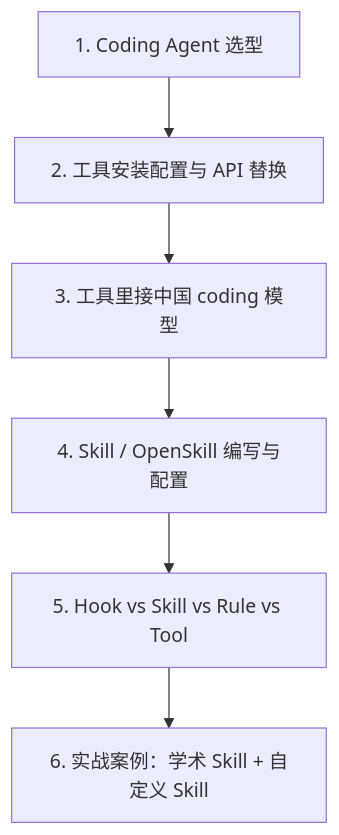
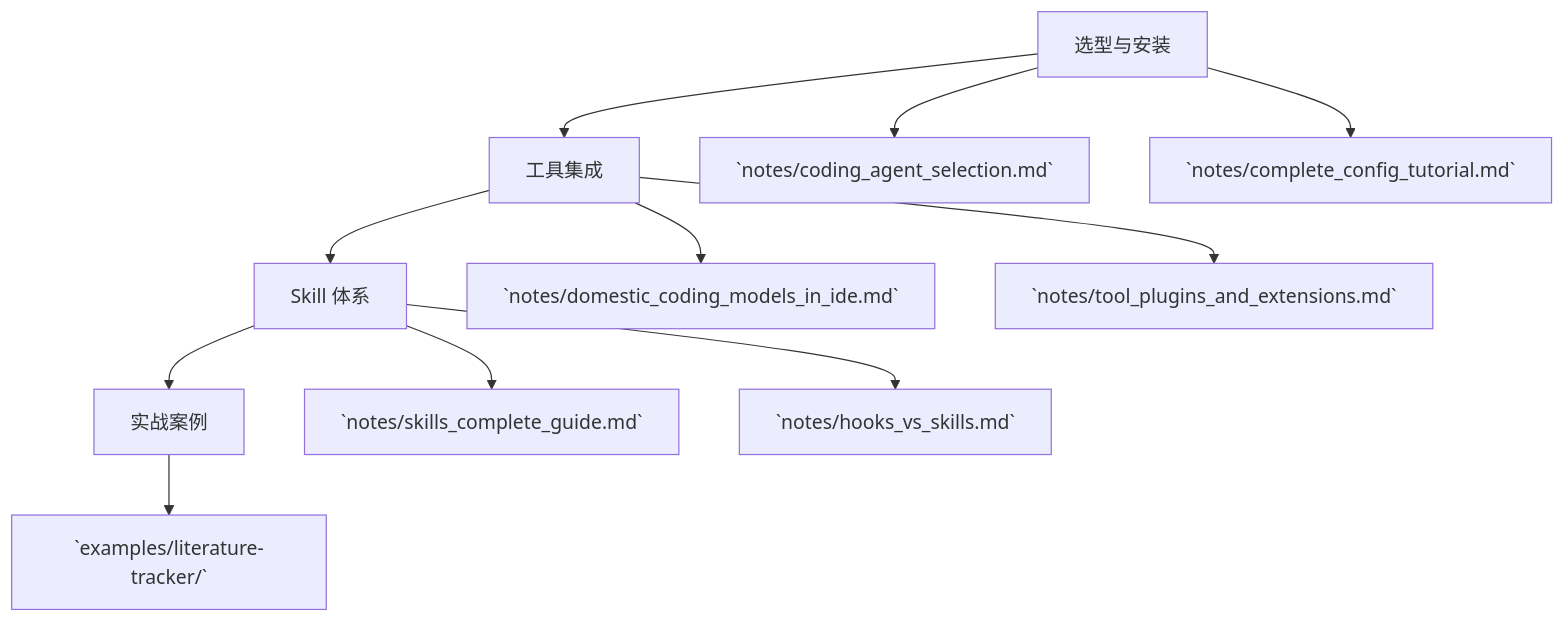
Before and after one commit to Mocha0724/LLM_Agents: the diagram in 13_llm_agent_usage/README.md, drawn with Mermaid. The commit also changed other lines of this file and 9 other files, not shown here.

First line of the commit message:
docs(13): 重构第 13 章内部逻辑 + 复制 literature-tracker 案例

````diff
--- a/13_llm_agent_usage/README.md
+++ b/13_llm_agent_usage/README.md
@@ -14,8 +16,14 @@
 ```mermaid
 flowchart TD
-    A[1. Coding Agent 选型] --> B[2. 工具安装配置与 API 替换]
-    B --> C[3. 工具里接中国 coding 模型]
-    C --> D[4. Skill / OpenSkill 编写与配置]
-    D --> E[5. Hook vs Skill vs Rule vs Tool]
-    E --> F[6. 实战案例：学术 Skill + 自定义 Skill]
+    A[选型与安装] --> B[工具集成]
+    B --> C[Skill 体系]
+    C --> D[实战案例]
+
+    A --> A1[`notes/coding_agent_selection.md`]
+    A --> A2[`notes/complete_config_tutorial.md`]
+    B --> B1[`notes/domestic_coding_models_in_ide.md`]
+    B --> B2[`notes/tool_plugins_and_extensions.md`]
+    C --> C1[`notes/skills_complete_guide.md`]
+    C --> D1[`notes/hooks_vs_skills.md`]
+    D --> E1[`examples/literature-tracker/`]
 ```
````
